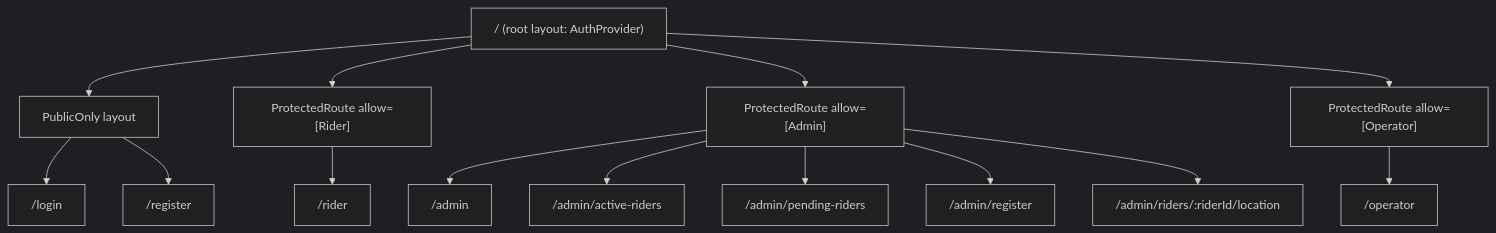
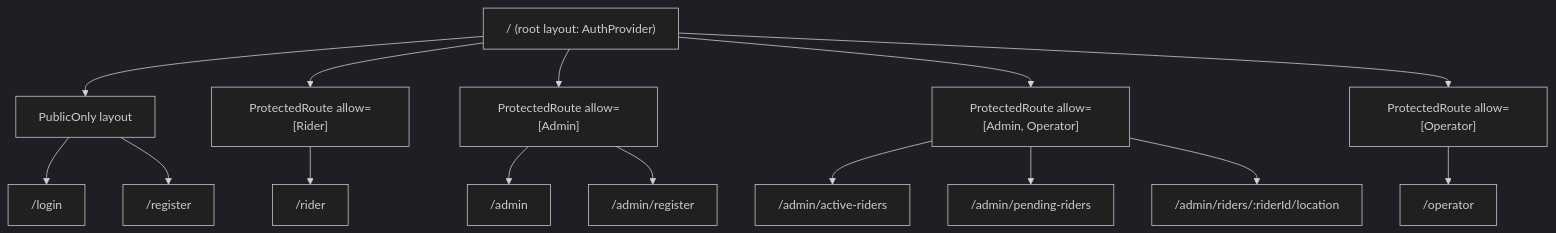
Before and after one commit to Agates-Rydee/RydeePortalWebsite: the first of 2 diagrams in docs/adr/0002-routing-and-auth.md, drawn with Mermaid (dark theme). The commit also changed other lines of this file and 1 other file, not shown here.

First line of the commit message:
fix(c5): allow operator access to rider management (qa f3)

````diff
--- a/docs/adr/0002-routing-and-auth.md
+++ b/docs/adr/0002-routing-and-auth.md
@@ -32,11 +34,13 @@
 ```mermaid
 graph TD
   R["/ (root layout: AuthProvider)"] --> P["PublicOnly layout"]
   R --> G1["ProtectedRoute allow=[Rider]"]
   R --> G2["ProtectedRoute allow=[Admin]"]
+  R --> G23["ProtectedRoute allow=[Admin, Operator]"]
   R --> G3["ProtectedRoute allow=[Operator]"]
   P --> L["/login"] & Reg["/register"]
   G1 --> RD["/rider"]
-  G2 --> AD["/admin"] & AR["/admin/active-riders"] & PR["/admin/pending-riders"] & ARg["/admin/register"] & RL["/admin/riders/:riderId/location"]
+  G2 --> AD["/admin"] & ARg["/admin/register"]
+  G23 --> AR["/admin/active-riders"] & PR["/admin/pending-riders"] & RL["/admin/riders/:riderId/location"]
   G3 --> OD["/operator"]
 ```
````
